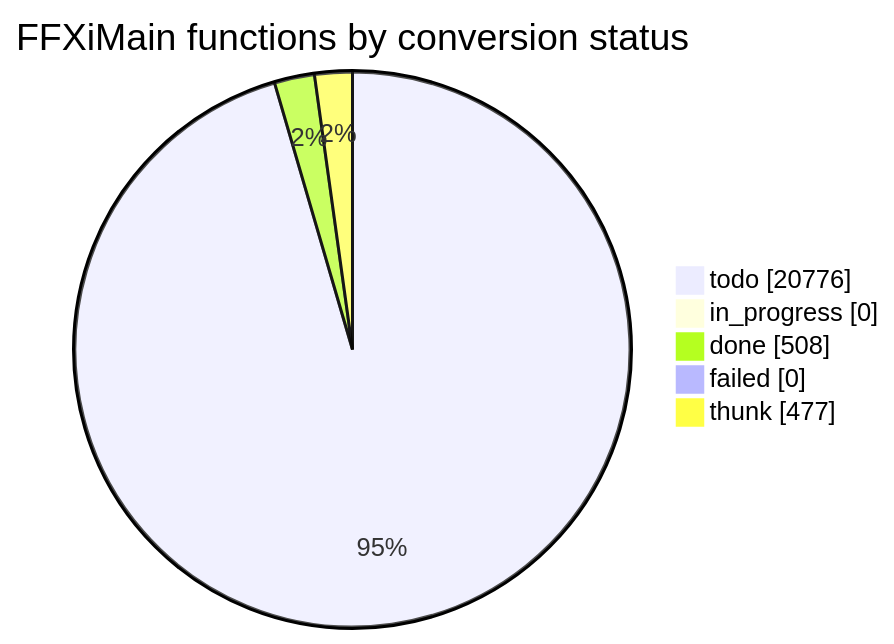
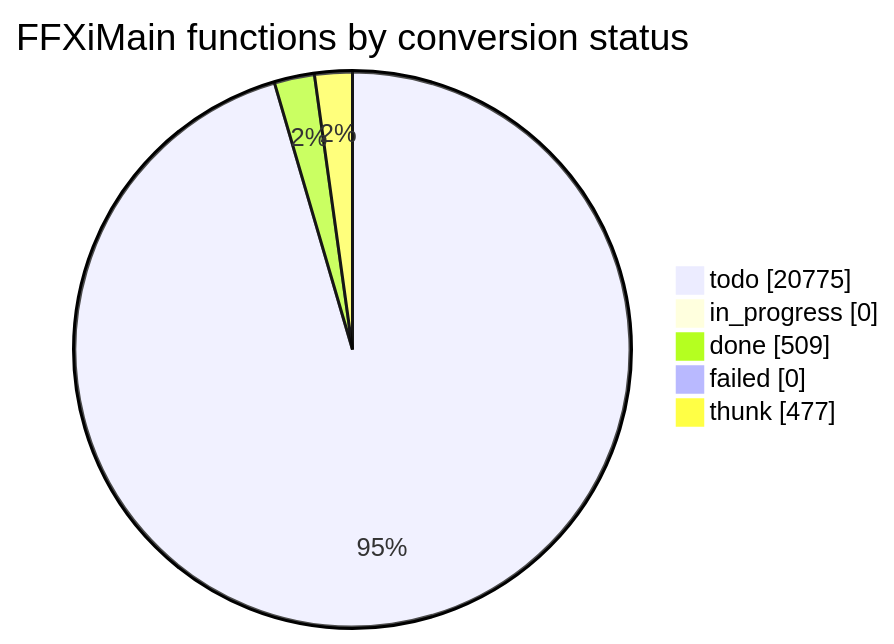
The diagram in docs/cow/STATUS.md (cowrevenge/cow_kuluu_xi_anything), drawn with Mermaid before and after one commit. The commit also changed other lines of this file and 9 other files, not shown here.

````diff
--- a/docs/cow/STATUS.md
+++ b/docs/cow/STATUS.md
@@ -18,9 +18,9 @@
 ```mermaid
 pie showData
     title FFXiMain functions by conversion status
-    "todo" : 20776
+    "todo" : 20775
     "in_progress" : 0
-    "done" : 508
+    "done" : 509
     "failed" : 0
     "thunk" : 477
 ```
````
